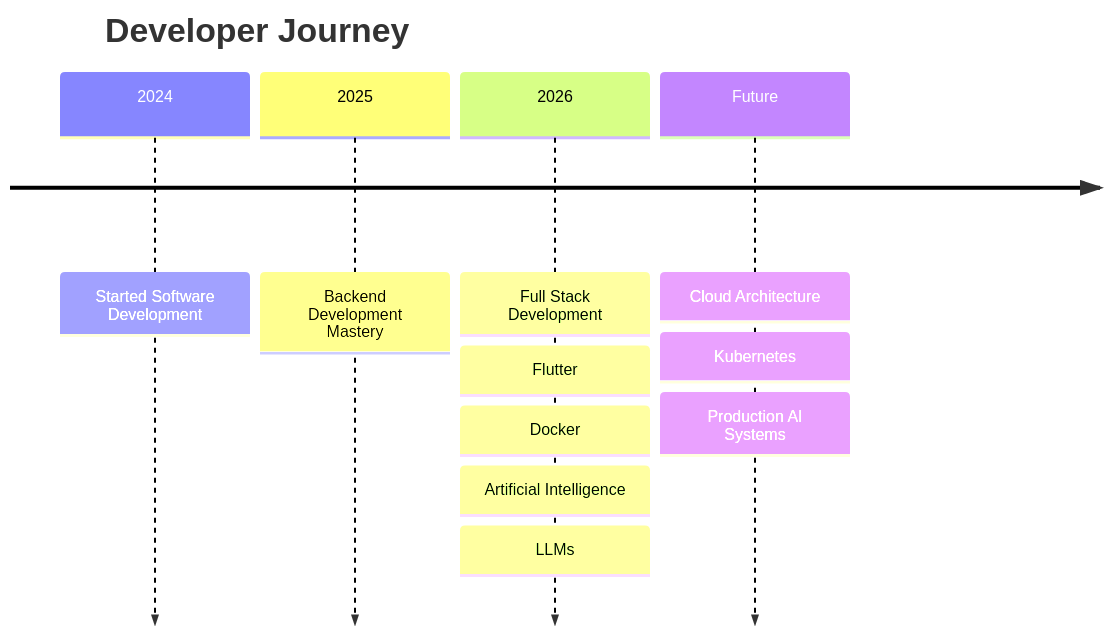
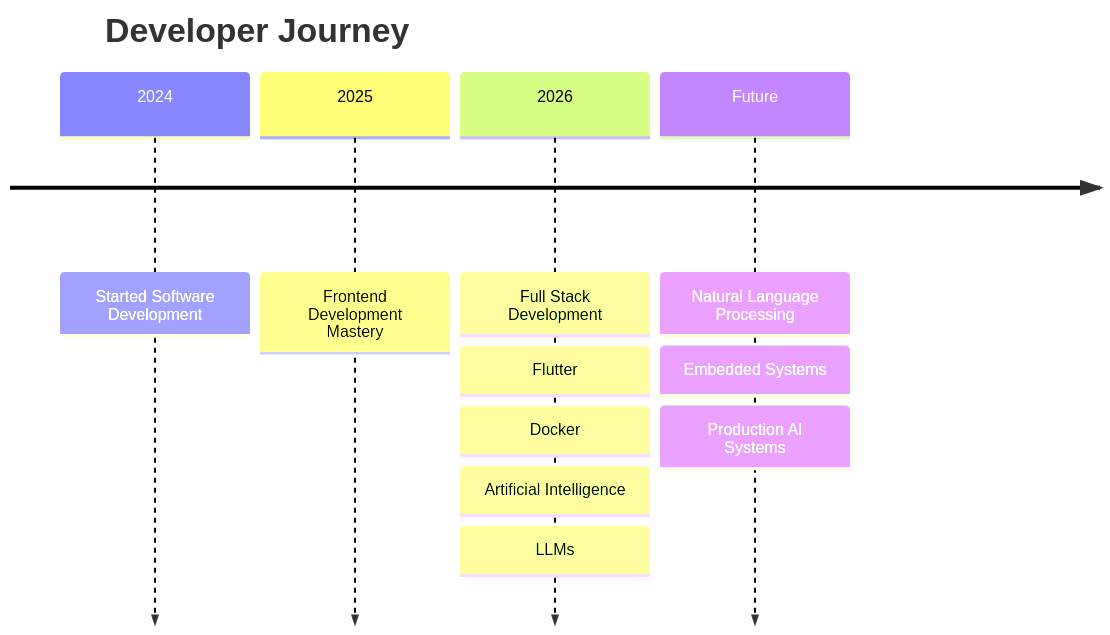
The diagram in README.md (Khaled-alshaibani/Khaled-alshaibani), drawn with Mermaid before and after one commit. The commit also changed other lines of this file, not shown here.

````diff
--- a/README.md
+++ b/README.md
@@ -190,8 +190,8 @@
 ```mermaid
 timeline
     title Developer Journey
     2024 : Started Software Development
-    2025 : Backend Development Mastery
+    2025 : Frontend Development Mastery
     2026 : Full Stack Development : Flutter : Docker : Artificial Intelligence : LLMs
-    Future : Cloud Architecture : Kubernetes : Production AI Systems
+    Future : Natural Language Processing : Embedded Systems : Production AI Systems
 ```
````
